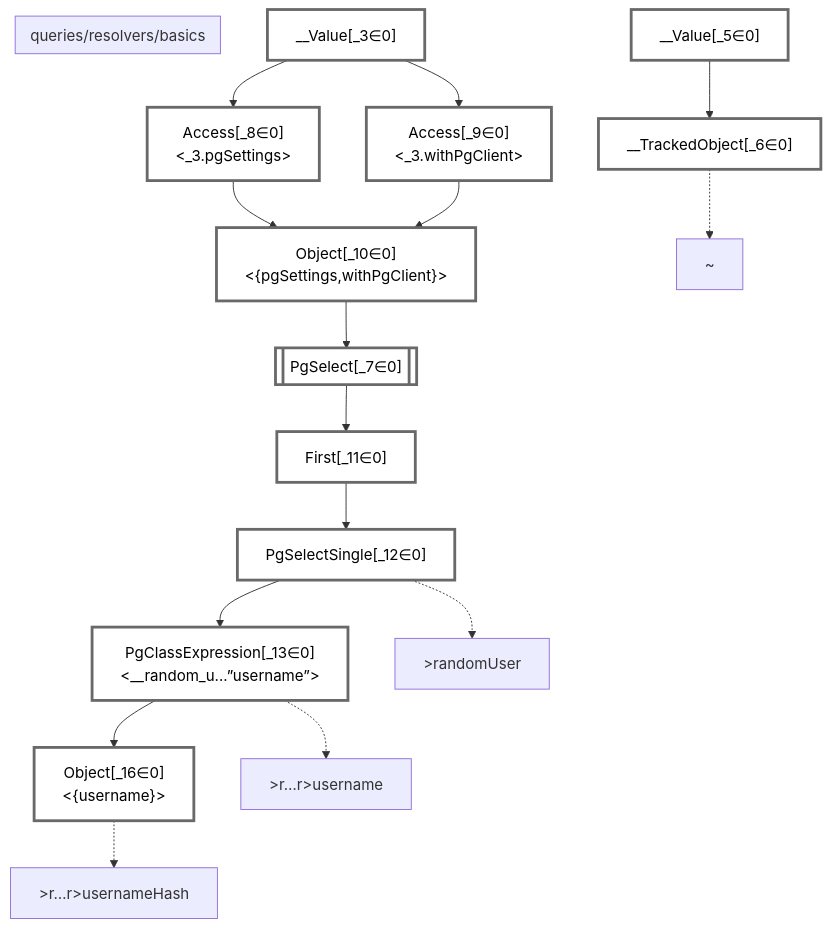
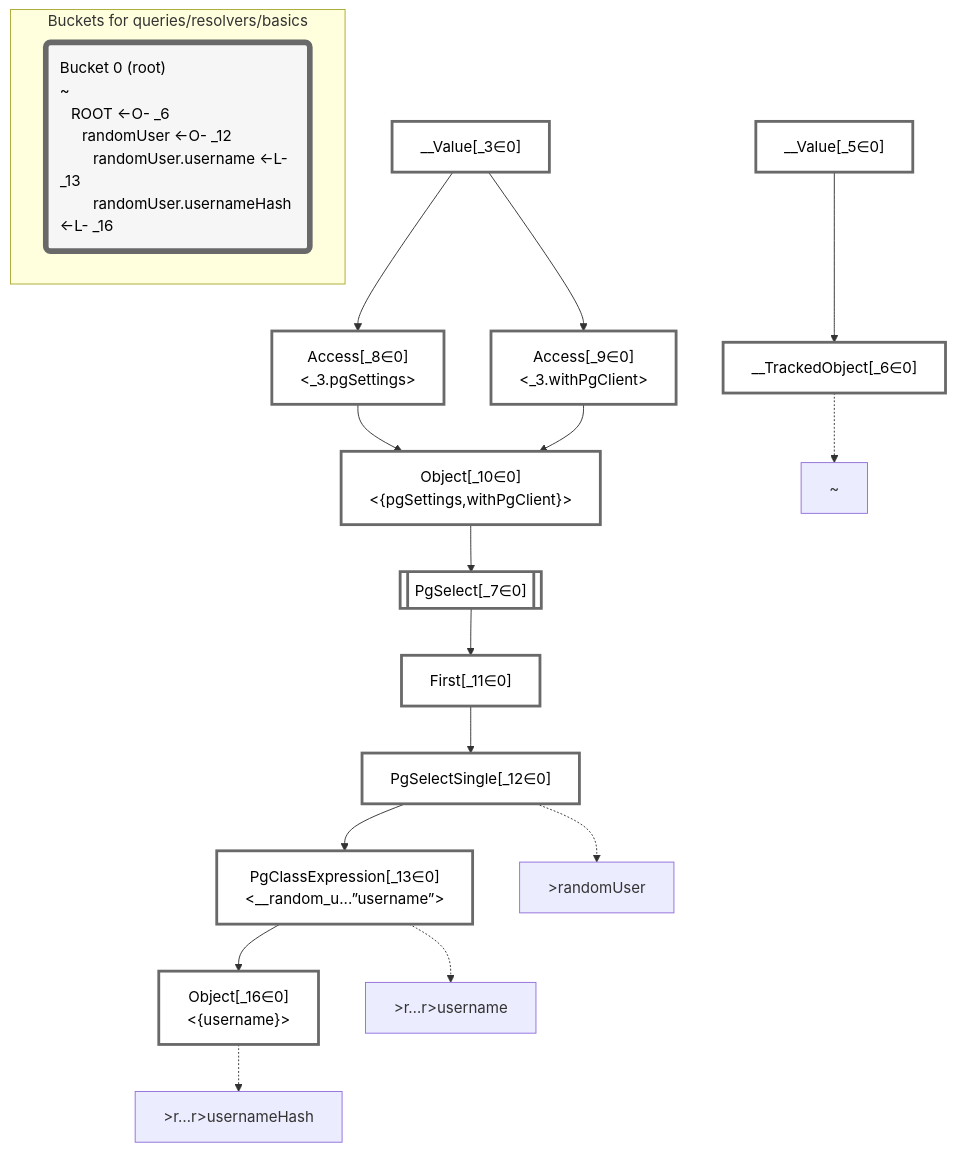
The diagram in packages/dataplan-pg/__tests__/queries/resolvers/basics.deopt.mermaid.md (graphile/crystal), drawn with Mermaid before and after one commit. The commit also changed 37 other files, not shown here.

````diff
--- a/packages/dataplan-pg/__tests__/queries/resolvers/basics.deopt.mermaid.md
+++ b/packages/dataplan-pg/__tests__/queries/resolvers/basics.deopt.mermaid.md
@@ -1,50 +1,53 @@
 ```mermaid
 graph TD
-    subgraph "queries/resolvers/basics"
-    end
     classDef path fill:#eee,stroke:#000,color:#000
     classDef plan fill:#fff,stroke-width:3px,color:#000
     classDef itemplan fill:#fff,stroke-width:6px,color:#000
     classDef sideeffectplan fill:#f00,stroke-width:6px,color:#000
     classDef bucket fill:#f6f6f6,color:#000,stroke-width:6px,text-align:left
 
 
     %% define plans
     __Value_3["__Value[_3∈0]<br /><context>"]:::plan
     __Value_5["__Value[_5∈0]<br /><rootValue>"]:::plan
     __TrackedObject_6["__TrackedObject[_6∈0]"]:::plan
     PgSelect_7[["PgSelect[_7∈0]<br /><random_user>"]]:::plan
     Access_8["Access[_8∈0]<br /><_3.pgSettings>"]:::plan
     Access_9["Access[_9∈0]<br /><_3.withPgClient>"]:::plan
     Object_10["Object[_10∈0]<br /><{pgSettings,withPgClient}>"]:::plan
     First_11["First[_11∈0]"]:::plan
     PgSelectSingle_12["PgSelectSingle[_12∈0]<br /><users>"]:::plan
     PgClassExpression_13["PgClassExpression[_13∈0]<br /><__random_u...”username”>"]:::plan
     Object_16["Object[_16∈0]<br /><{username}>"]:::plan
 
     %% plan dependencies
     __Value_5 --> __TrackedObject_6
     Object_10 --> PgSelect_7
     __Value_3 --> Access_8
     __Value_3 --> Access_9
     Access_8 --> Object_10
     Access_9 --> Object_10
     PgSelect_7 --> First_11
     First_11 --> PgSelectSingle_12
     PgSelectSingle_12 --> PgClassExpression_13
     PgClassExpression_13 --> Object_16
 
     %% plan-to-path relationships
     P_6["~"]
     __TrackedObject_6 -.-> P_6
     P_12[">randomUser"]
     PgSelectSingle_12 -.-> P_12
     P_13[">r…r>username"]
     PgClassExpression_13 -.-> P_13
     P_16[">r…r>usernameHash"]
     Object_16 -.-> P_16
 
     %% allocate buckets
     classDef bucket0 stroke:#696969
     class __Value_3,__Value_5,__TrackedObject_6,PgSelect_7,Access_8,Access_9,Object_10,First_11,PgSelectSingle_12,PgClassExpression_13,Object_16 bucket0
+
+    subgraph "Buckets for queries/resolvers/basics"
+    Bucket0("Bucket 0 (root)<br />~<br />⠀ROOT <-O- _6<br />⠀⠀randomUser <-O- _12<br />⠀⠀⠀randomUser.username <-L- _13<br />⠀⠀⠀randomUser.usernameHash <-L- _16"):::bucket
+    style Bucket0 stroke:#696969
+    end
 ```
````
